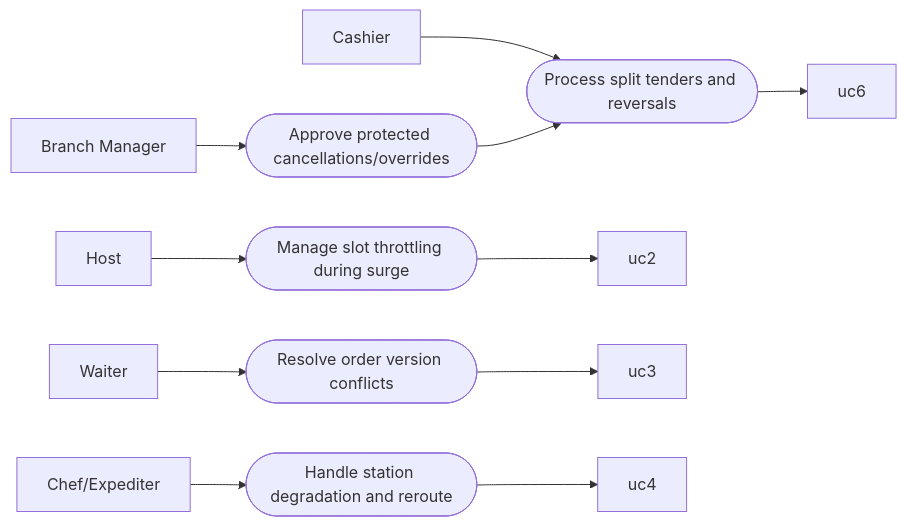
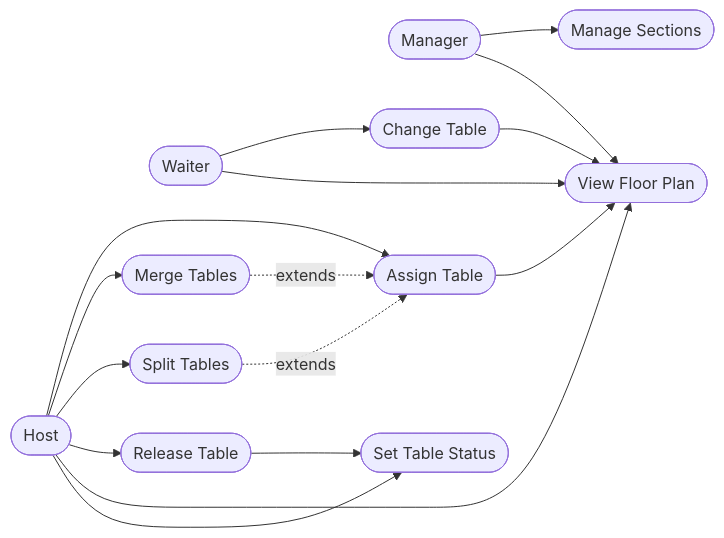
Before and after one commit to 0Ankit0/Project-Ideas: the second of 9 diagrams in Restaurant Management System/analysis/use-case-diagram.md, drawn with Mermaid. The commit also changed other lines of this file and 22 other files, not shown here.

````diff
--- a/Restaurant Management System/analysis/use-case-diagram.md
+++ b/Restaurant Management System/analysis/use-case-diagram.md
@@ -47,14 +67,25 @@
 ```mermaid
 flowchart LR
-    host[Host] --> uc11([Manage slot throttling during surge])
-    waiter[Waiter] --> uc12([Resolve order version conflicts])
-    chef[Chef/Expediter] --> uc13([Handle station degradation and reroute])
-    cashier[Cashier] --> uc14([Process split tenders and reversals])
-    manager[Branch Manager] --> uc15([Approve protected cancellations/overrides])
+    host([Host])
+    waiter([Waiter])
+    manager([Manager])
 
-    uc11 --> uc2
-    uc12 --> uc3
-    uc13 --> uc4
-    uc14 --> uc6
-    uc15 --> uc14
+    host    --> assignTable([Assign Table])
+    host    --> mergeTables([Merge Tables])
+    host    --> splitTables([Split Tables])
+    host    --> releaseTable([Release Table])
+    host    --> viewFloor([View Floor Plan])
+    host    --> setStatus([Set Table Status])
+
+    waiter  --> changeTable([Change Table])
+    waiter  --> viewFloor
+
+    manager --> manageSections([Manage Sections])
+    manager --> viewFloor
+
+    mergeTables -. extends .-> assignTable
+    splitTables -. extends .-> assignTable
+    assignTable --> viewFloor
+    releaseTable --> setStatus
+    changeTable  --> viewFloor
 ```
````
